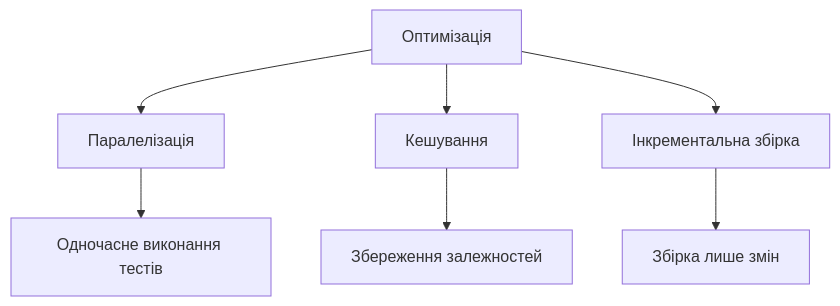
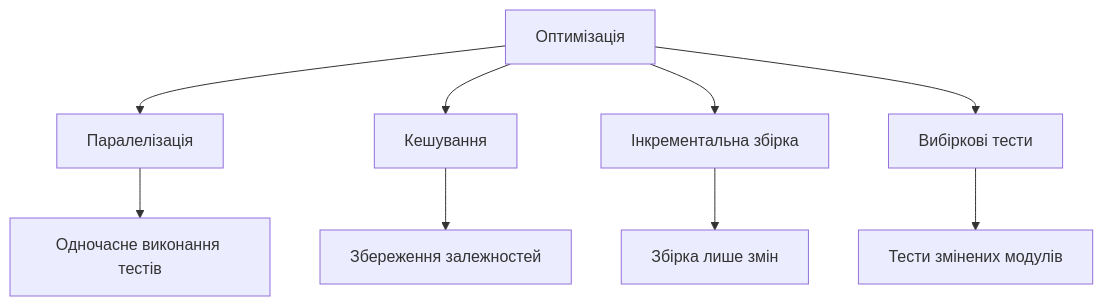
One commit to olroi421/course-opi-v2 changed the third of 11 diagrams in presentations/presentation-13.md. Above: the diagram before and after it, drawn with Mermaid. The commit also changed other lines of this file and 9 other files, not shown here.

````diff
--- a/presentations/presentation-13.md
+++ b/presentations/presentation-13.md
@@ -166,10 +181,12 @@
 ```mermaid
 graph TB
     A[Оптимізація] --> B[Паралелізація]
     A --> C[Кешування]
     A --> D[Інкрементальна збірка]
+    A --> E[Вибіркові тести]
 
-    B --> E[Одночасне виконання тестів]
-    C --> F[Збереження залежностей]
-    D --> G[Збірка лише змін]
+    B --> F[Одночасне виконання тестів]
+    C --> G[Збереження залежностей]
+    D --> H[Збірка лише змін]
+    E --> I[Тести змінених модулів]
 ```
````
